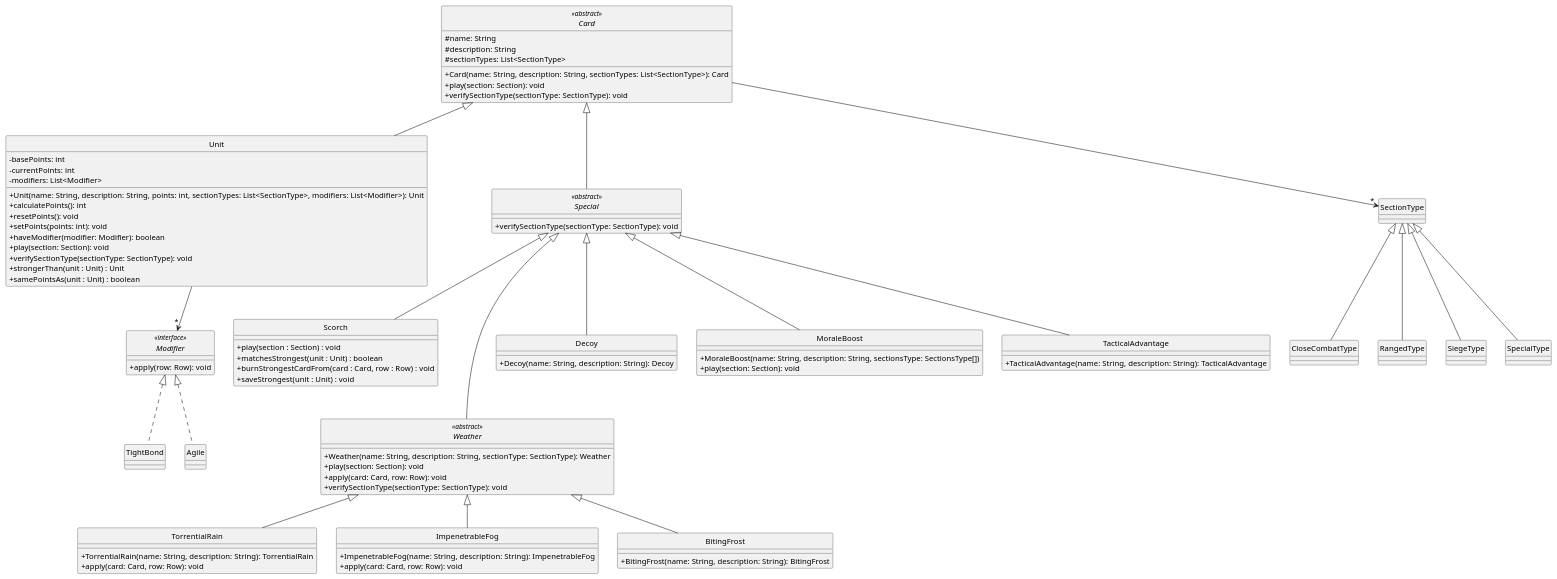
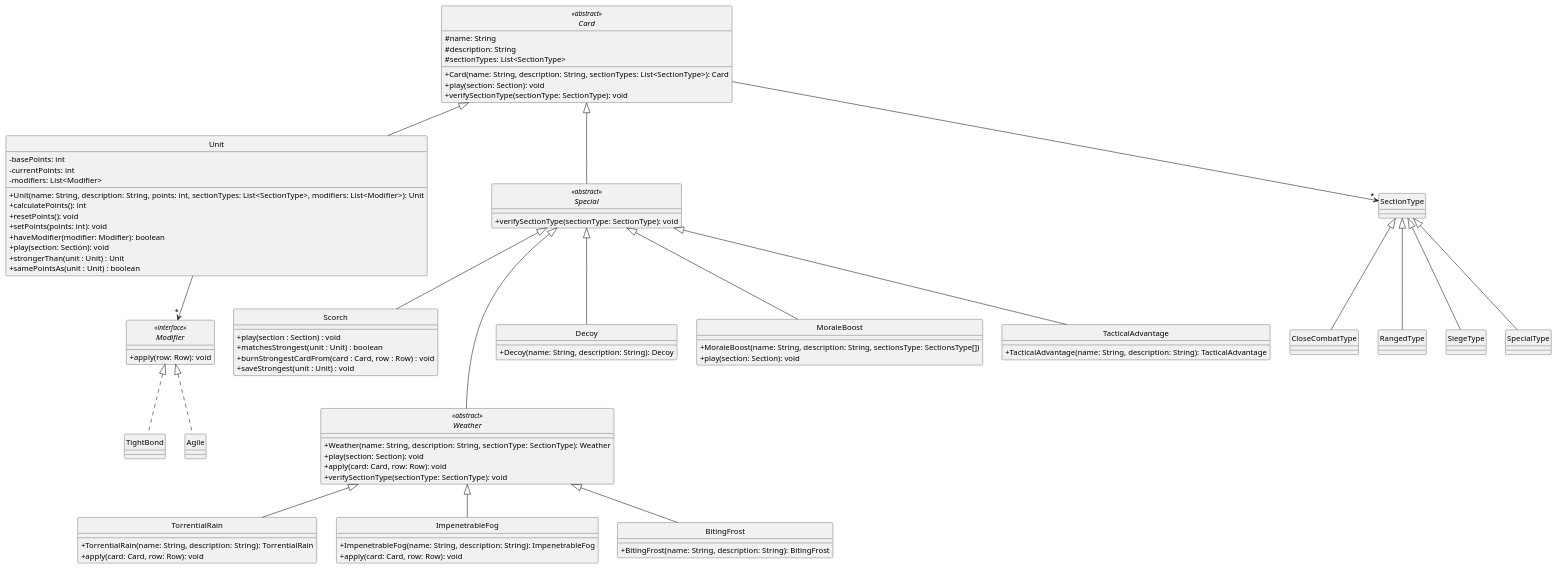
Before and after one commit to Yonhir/algo3_proyecto_base_tp2: the diagram in diagrams/classes/cards.plantuml, drawn with PlantUML. The commit also changed 3 other files, not shown here.

Commit message:
diagramas actualizados segun cambios en esta rama

```diff
--- a/diagrams/classes/cards.plantuml
+++ b/diagrams/classes/cards.plantuml
@@ -1,119 +1,118 @@
 @startuml
 
 skinparam monochrome true
 hide circle
 skinparam classAttributeIconSize 0
 
 ' =====================
 ' CARD HIERARCHY
 ' =====================
 
 abstract class Card <<abstract>> {
   #name: String
   #description: String
   #sectionTypes: List<SectionType>
   +Card(name: String, description: String, sectionTypes: List<SectionType>): Card
   +play(section: Section): void
   +verifySectionType(sectionType: SectionType): void
 }
 
 class Unit {
   -basePoints: int
   -currentPoints: int
   -modifiers: List<Modifier>
   +Unit(name: String, description: String, points: int, sectionTypes: List<SectionType>, modifiers: List<Modifier>): Unit
   +calculatePoints(): int
   +resetPoints(): void
   +setPoints(points: int): void
   +haveModifier(modifier: Modifier): boolean
   +play(section: Section): void
-  +verifySectionType(sectionType: SectionType): void
   +strongerThan(unit : Unit) : Unit
   +samePointsAs(unit : Unit) : boolean
 }
 
 abstract class Special <<abstract>> {
   +verifySectionType(sectionType: SectionType): void
 }
 
 class Scorch {
   +play(section : Section) : void
   +matchesStrongest(unit : Unit) : boolean
   +burnStrongestCardFrom(card : Card, row : Row) : void
   +saveStrongest(unit : Unit) : void
 }
 
 interface Modifier <<interface>> {
   +apply(row: Row): void
 }
 
 class TightBond {
 }
 
 class Agile {
 }
 
 abstract class Weather <<abstract>> {
   +Weather(name: String, description: String, sectionType: SectionType): Weather
   +play(section: Section): void
   +apply(card: Card, row: Row): void
   +verifySectionType(sectionType: SectionType): void
 }
 
 class TorrentialRain {
   +TorrentialRain(name: String, description: String): TorrentialRain
   +apply(card: Card, row: Row): void
 }
 
 class ImpenetrableFog {
   +ImpenetrableFog(name: String, description: String): ImpenetrableFog
   +apply(card: Card, row: Row): void
 }
 
 class BitingFrost {
   +BitingFrost(name: String, description: String): BitingFrost
 }
 
 class Decoy {
   +Decoy(name: String, description: String): Decoy
 }
 
 class MoraleBoost{
   +MoraleBoost(name: String, description: String, sectionsType: SectionsType[])
   +play(section: Section): void
 }
 
 class TacticalAdvantage {
   +TacticalAdvantage(name: String, description: String): TacticalAdvantage
 }
 
 ' =====================
 ' RELATIONSHIPS
 ' =====================
 
 Card <|-- Unit
 Card <|-- Special
 
 Card --> "*" SectionType
 
 SectionType <|-- CloseCombatType
 SectionType <|-- RangedType
 SectionType <|-- SiegeType
 SectionType <|-- SpecialType
 
 Unit --> "*" Modifier
 
 Modifier <|.. TightBond
 Modifier <|.. Agile
 
 Special <|-- Decoy
 Special <|-- TacticalAdvantage
 Special <|-- Scorch
 Special <|-- MoraleBoost
 Special <|--- Weather
 
 Weather <|-- TorrentialRain
 Weather <|-- ImpenetrableFog
 Weather <|-- BitingFrost
 
 @enduml
```
